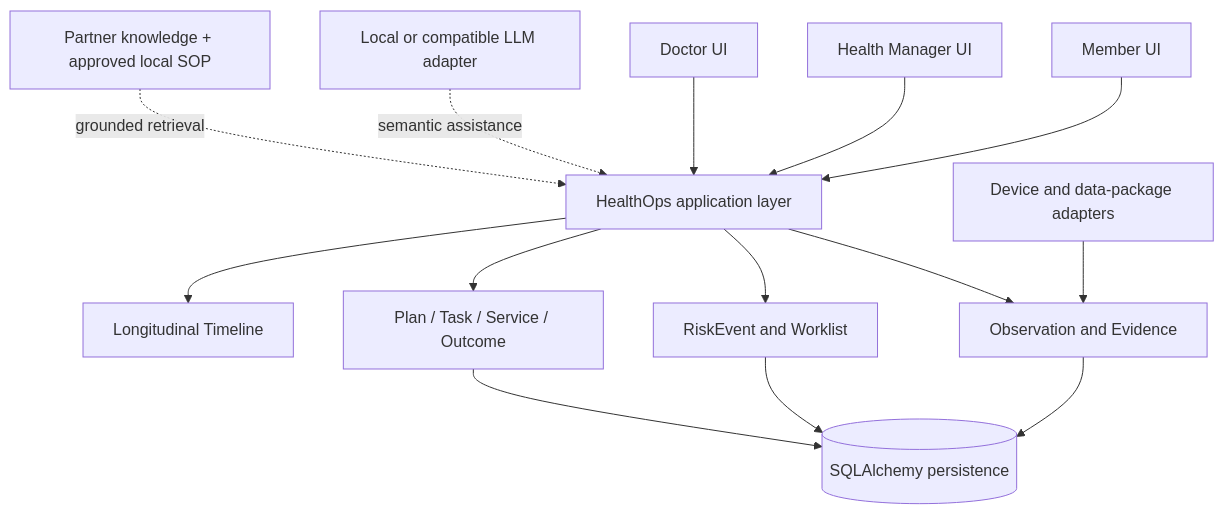
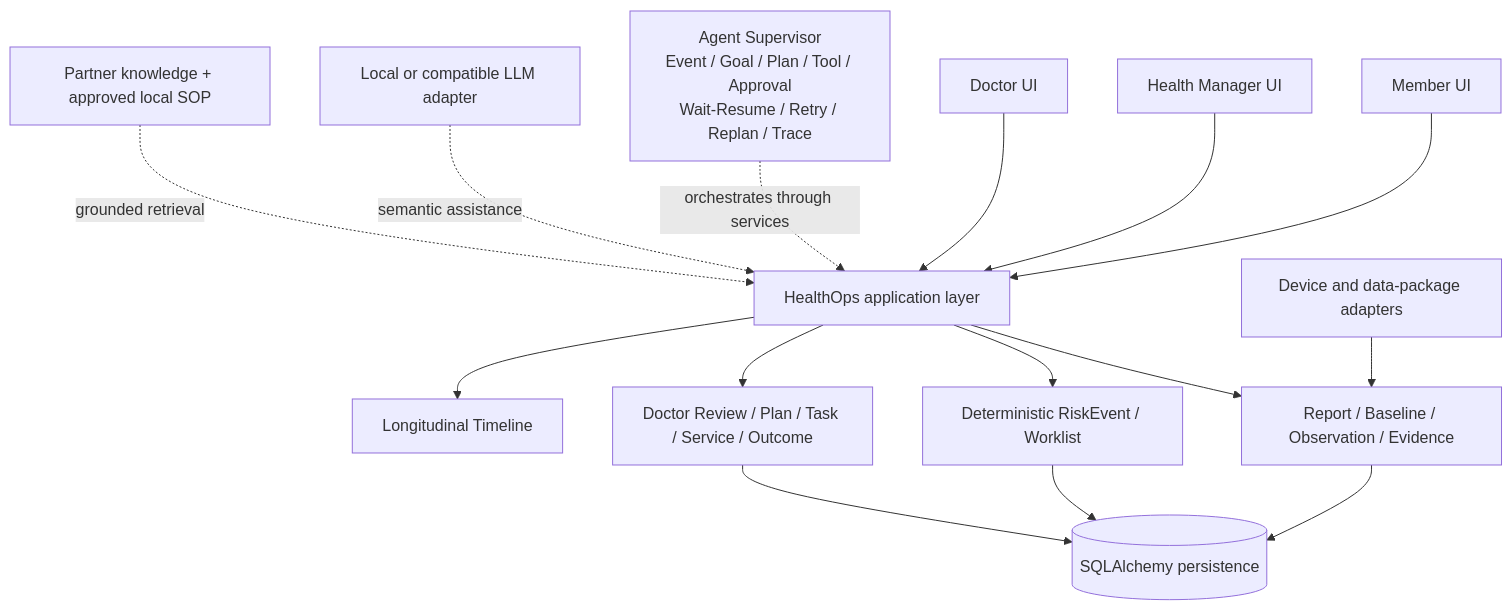
The second of 2 diagrams in README.md (KaedeharaT/executive-healthops), drawn with Mermaid before and after one commit. The commit also changed other lines of this file and 11 other files, not shown here.

Commit message:
docs: refresh HealthOps portfolio for baseline and agent supervisor

````diff
--- a/README.md
+++ b/README.md
@@ -129,19 +170,21 @@
 ```mermaid
 flowchart TB
     M[Member UI] --> A[HealthOps application layer]
     H[Health Manager UI] --> A
     D[Doctor UI] --> A
 
-    A --> C[Observation and Evidence]
-    A --> R[RiskEvent and Worklist]
-    A --> W[Plan / Task / Service / Outcome]
+    A --> C[Report / Baseline / Observation / Evidence]
+    A --> R[Deterministic RiskEvent / Worklist]
+    A --> W[Doctor Review / Plan / Task / Service / Outcome]
     A --> T[Longitudinal Timeline]
+
+    S[Agent Supervisor<br/>Event / Goal / Plan / Tool / Approval<br/>Wait-Resume / Retry / Replan / Trace] -. orchestrates through services .-> A
 
     C --> DB[(SQLAlchemy persistence)]
     R --> DB
     W --> DB
 
     AI[Local or compatible LLM adapter] -. semantic assistance .-> A
     K[Partner knowledge + approved local SOP] -. grounded retrieval .-> A
     V[Device and data-package adapters] --> C
 ```
````
